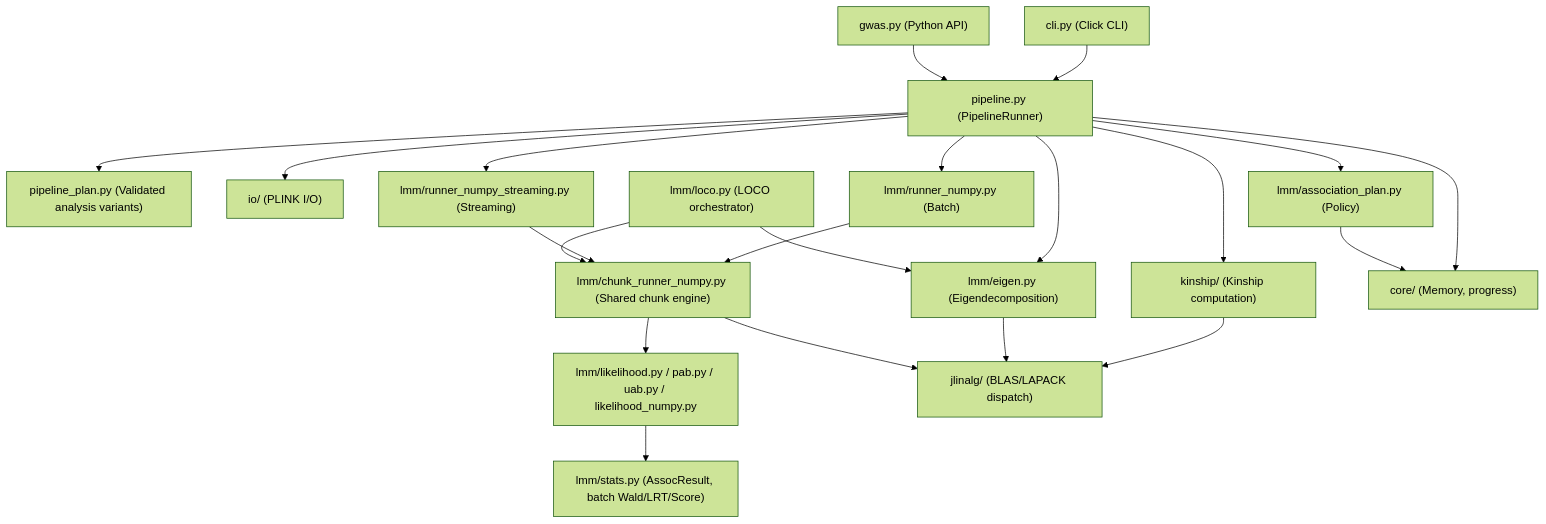
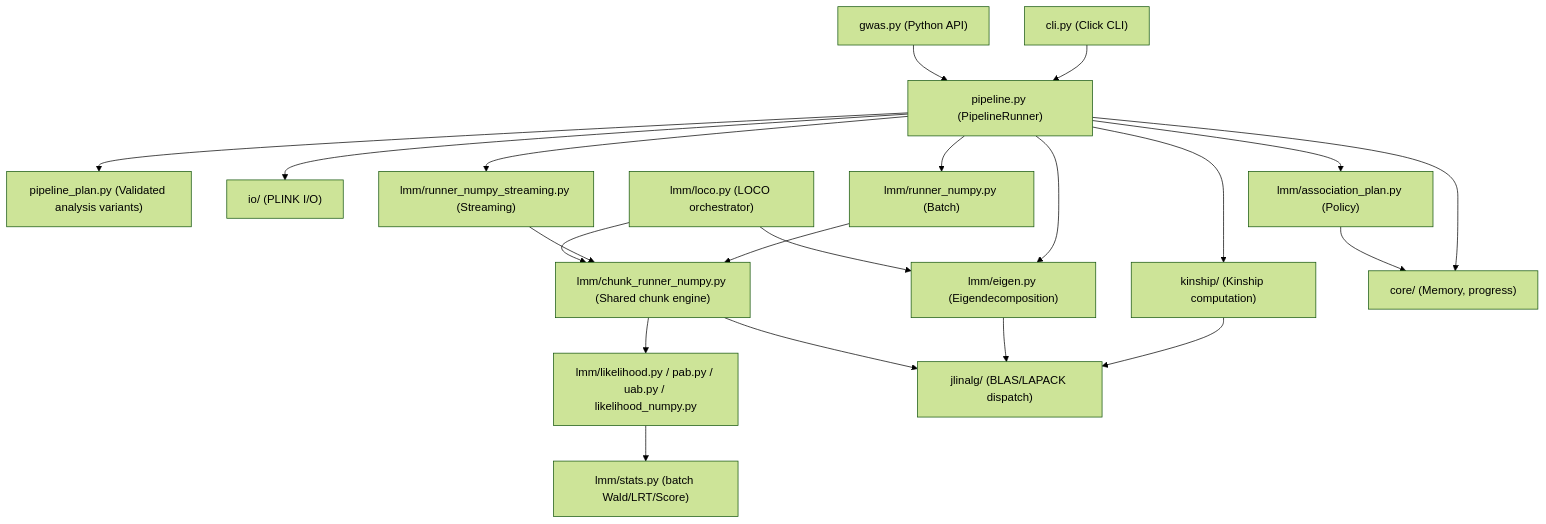
Before and after one commit to michael-denyer/jamma: the diagram in docs/ARCHITECTURE.md, drawn with Mermaid (forest theme). The commit also changed other lines of this file and 36 other files, not shown here.

````diff
--- a/docs/ARCHITECTURE.md
+++ b/docs/ARCHITECTURE.md
@@ -9,40 +9,40 @@
 ```mermaid
 graph TD
     CLI["cli.py (Click CLI)"]
     API["gwas.py (Python API)"]
     Pipeline["pipeline.py (PipelineRunner)"]
     AnalysisPlan["pipeline_plan.py (Validated analysis variants)"]
     IO["io/ (PLINK I/O)"]
     Kinship["kinship/ (Kinship computation)"]
     Eigen["lmm/eigen.py (Eigendecomposition)"]
     Planner["lmm/association_plan.py (Policy)"]
     BatchRunner["lmm/runner_numpy.py (Batch)"]
     StreamRunner["lmm/runner_numpy_streaming.py (Streaming)"]
     ChunkRunner["lmm/chunk_runner_numpy.py (Shared chunk engine)"]
     Likelihood["lmm/likelihood.py / pab.py / uab.py / likelihood_numpy.py"]
-    Stats["lmm/stats.py (AssocResult, batch Wald/LRT/Score)"]
+    Stats["lmm/stats.py (batch Wald/LRT/Score)"]
     LOCO["lmm/loco.py (LOCO orchestrator)"]
     jlinalg["jlinalg/ (BLAS/LAPACK dispatch)"]
     Core["core/ (Memory, progress)"]
 
     CLI --> Pipeline
     API --> Pipeline
     Pipeline --> AnalysisPlan
     Pipeline --> IO
     Pipeline --> Kinship
     Pipeline --> Eigen
     Pipeline --> Planner
     Pipeline --> BatchRunner
     Pipeline --> StreamRunner
     BatchRunner --> ChunkRunner
     StreamRunner --> ChunkRunner
     ChunkRunner --> Likelihood
     Likelihood --> Stats
     LOCO --> Eigen
     LOCO --> ChunkRunner
     Kinship --> jlinalg
     Eigen --> jlinalg
     ChunkRunner --> jlinalg
     Pipeline --> Core
     Planner --> Core
 ```
````
